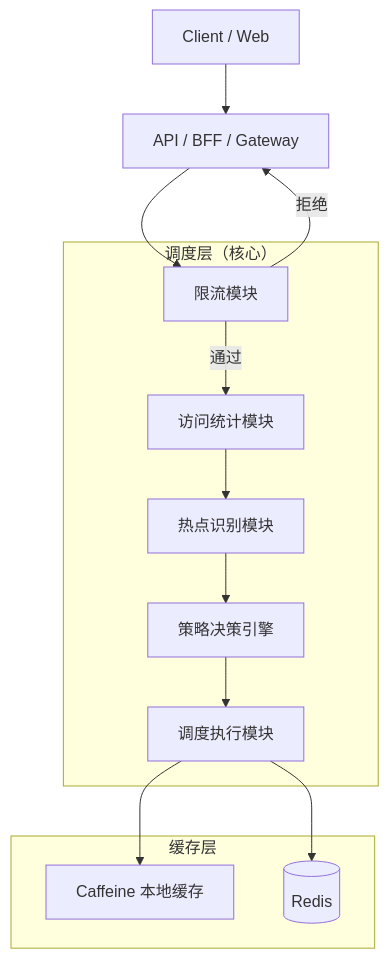
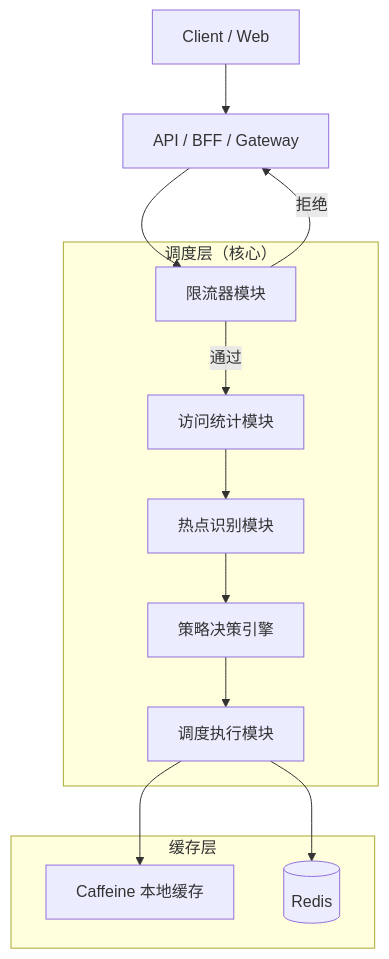
The diagram in README.md (Silverhand-J/CachePilot), drawn with Mermaid before and after one commit. The commit also changed other lines of this file and 13 other files, not shown here.

````diff
--- a/README.md
+++ b/README.md
@@ -18,33 +16,33 @@
 ```mermaid
 flowchart TD
     Client[Client / Web]
     Gateway[API / BFF / Gateway]
 
     subgraph Scheduler["调度层（核心）"]
-        RL[限流模块]
+        RL[限流器模块]
         AM[访问统计模块]
         HM[热点识别模块]
         DE[策略决策引擎]
         DM[调度执行模块]
     end
 
     subgraph CacheLayer["缓存层"]
         LC[Caffeine 本地缓存]
         RC[(Redis)]
     end
 
     Client --> Gateway
     Gateway --> RL
 
     RL -->|通过| AM
     RL -->|拒绝| Gateway
 
     AM --> HM
     HM --> DE
 
     DE --> DM
 
     DM --> LC
     DM --> RC
 
 ```
````
